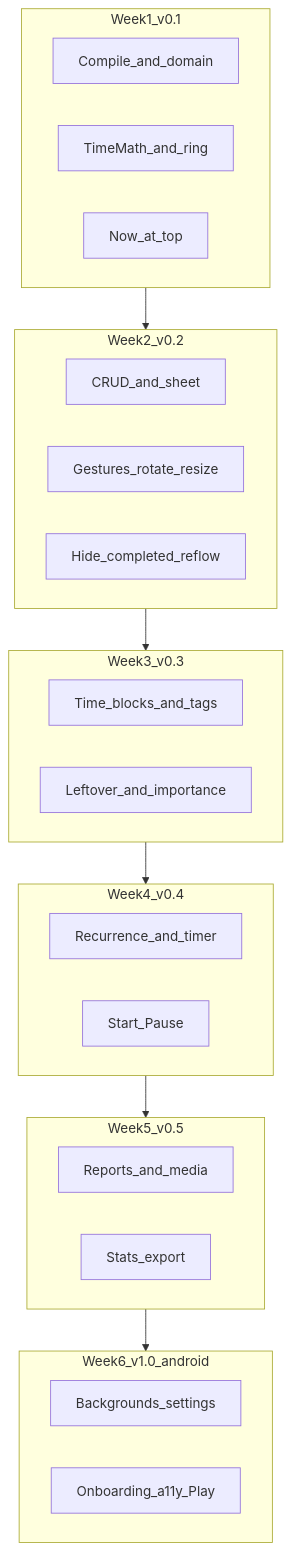
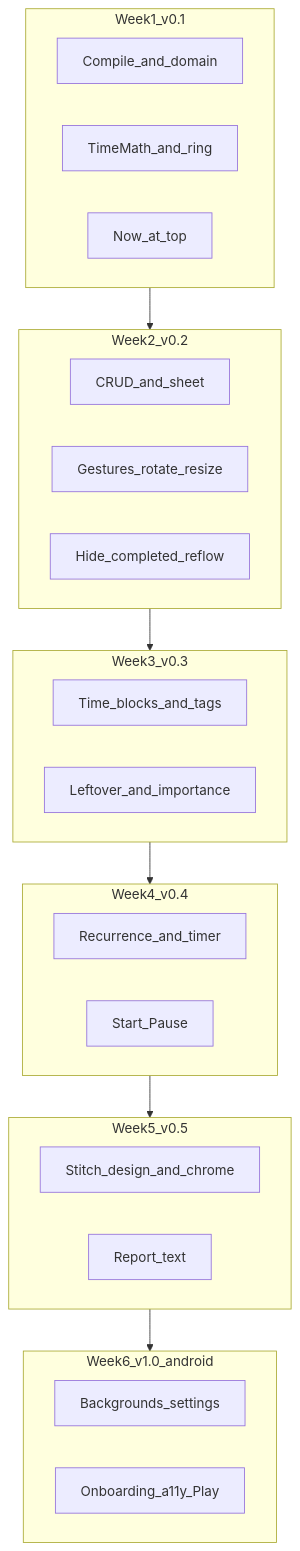
The second of 2 diagrams in docs/ROADMAP.md (KirillUnity/PizzaTimer), drawn with Mermaid before and after one commit. The commit also changed other lines of this file and 75 other files, not shown here.

````diff
--- a/docs/ROADMAP.md
+++ b/docs/ROADMAP.md
@@ -156,30 +156,30 @@
 ```mermaid
 flowchart TB
   subgraph week1 [Week1_v0.1]
     A[Compile_and_domain]
     B[TimeMath_and_ring]
     C[Now_at_top]
   end
   subgraph week2 [Week2_v0.2]
     D[CRUD_and_sheet]
     E[Gestures_rotate_resize]
     F[Hide_completed_reflow]
   end
   subgraph week3 [Week3_v0.3]
     G[Time_blocks_and_tags]
     H[Leftover_and_importance]
   end
   subgraph week4 [Week4_v0.4]
     I[Recurrence_and_timer]
     J[Start_Pause]
   end
   subgraph week5 [Week5_v0.5]
-    K[Reports_and_media]
-    L[Stats_export]
+    K[Stitch_design_and_chrome]
+    L[Report_text]
   end
   subgraph week6 [Week6_v1.0_android]
     M[Backgrounds_settings]
     N[Onboarding_a11y_Play]
   end
   week1 --> week2 --> week3 --> week4 --> week5 --> week6
 ```
````
